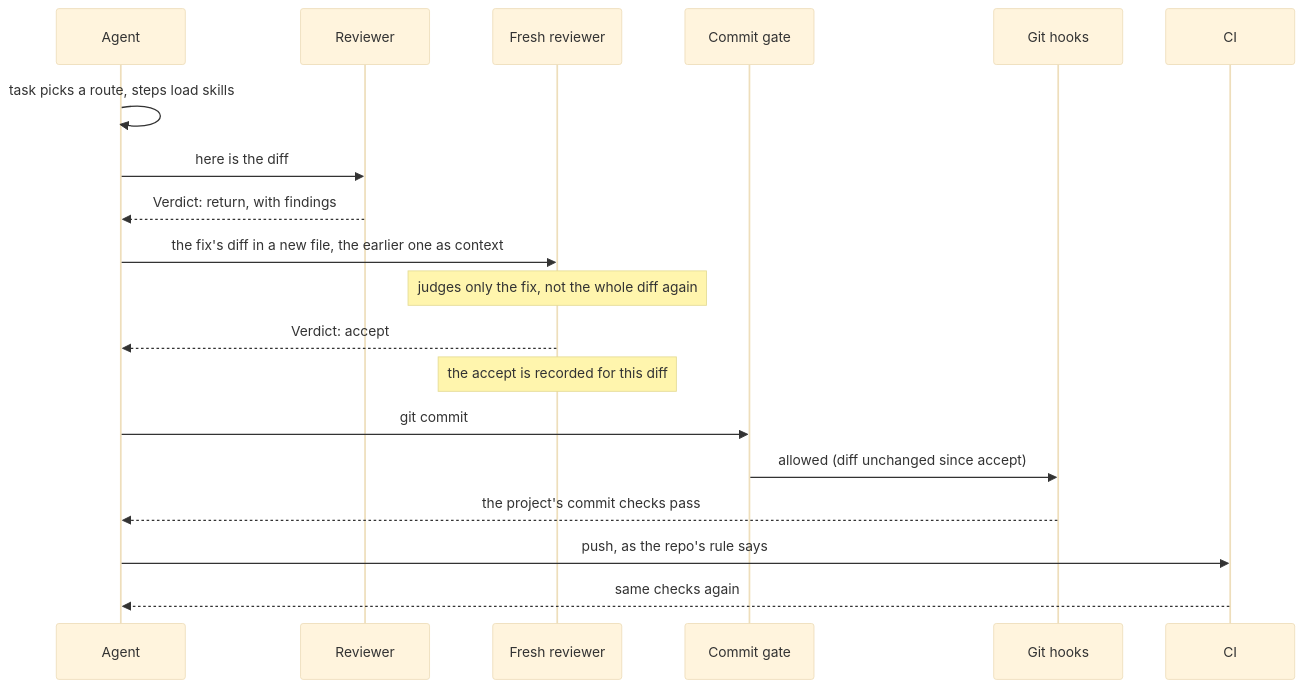
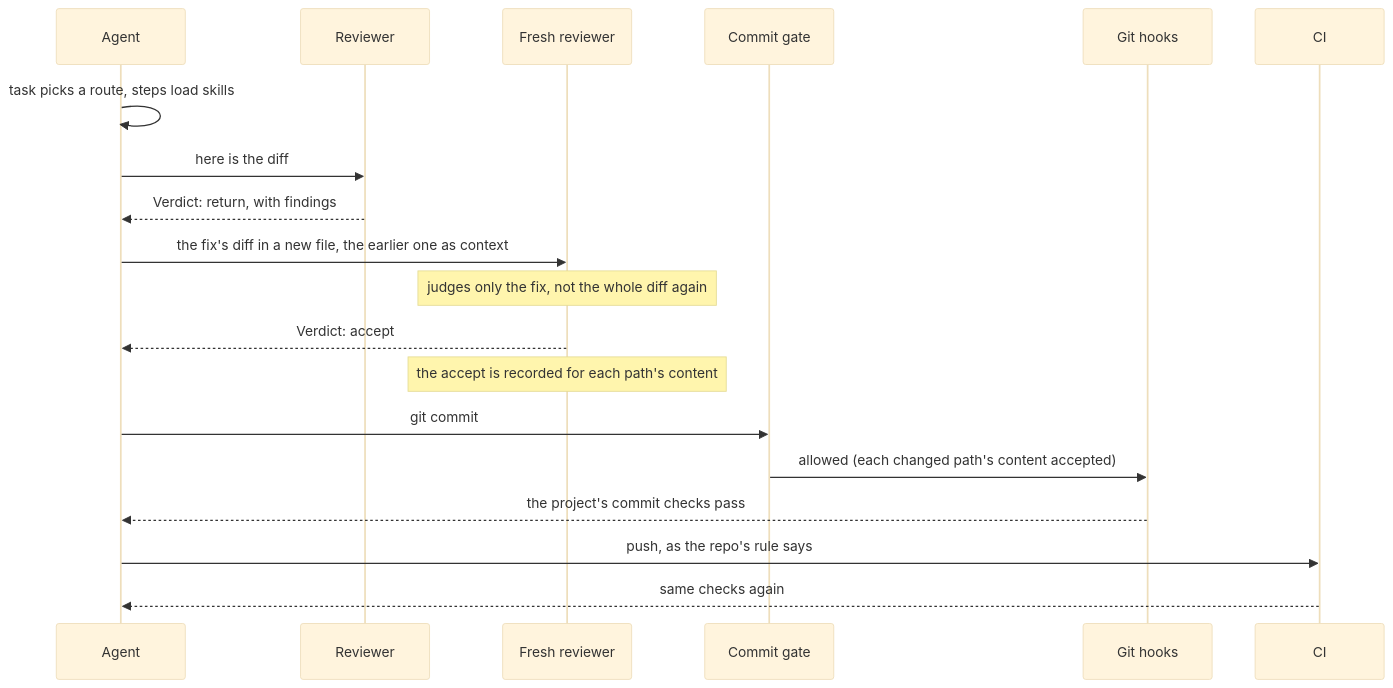
One commit to cniska/agent-skills changed the third of 3 diagrams in docs/plugin.md. Above: the diagram before and after it, drawn with Mermaid (base theme). The commit also changed other lines of this file and 11 other files, not shown here.

````diff
--- a/docs/plugin.md
+++ b/docs/plugin.md
@@ -31,21 +31,21 @@
 ```mermaid
 sequenceDiagram
   participant A as Agent
   participant V as Reviewer
   participant R as Fresh reviewer
   participant P as Commit gate
   participant G as Git hooks
   participant C as CI
   A->>A: task picks a route, steps load skills
   A->>V: here is the diff
   V-->>A: Verdict: return, with findings
   A->>R: the fix's diff in a new file, the earlier one as context
   Note over R: judges only the fix, not the whole diff again
   R-->>A: Verdict: accept
-  Note over R: the accept is recorded for this diff
+  Note over R: the accept is recorded for each path's content
   A->>P: git commit
-  P->>G: allowed (diff unchanged since accept)
+  P->>G: allowed (each changed path's content accepted)
   G-->>A: the project's commit checks pass
   A->>C: push, as the repo's rule says
   C-->>A: same checks again
 ```
````
